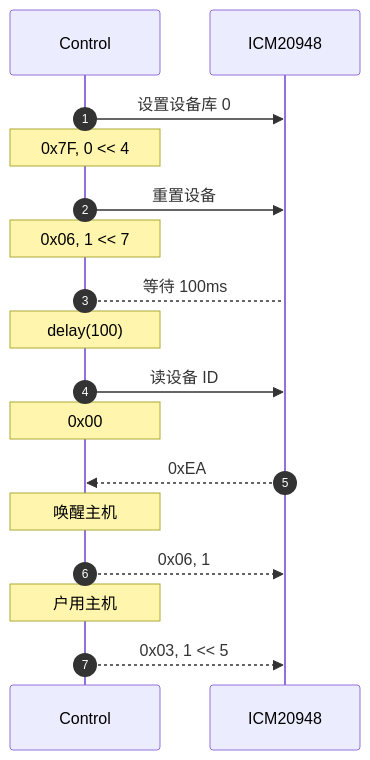
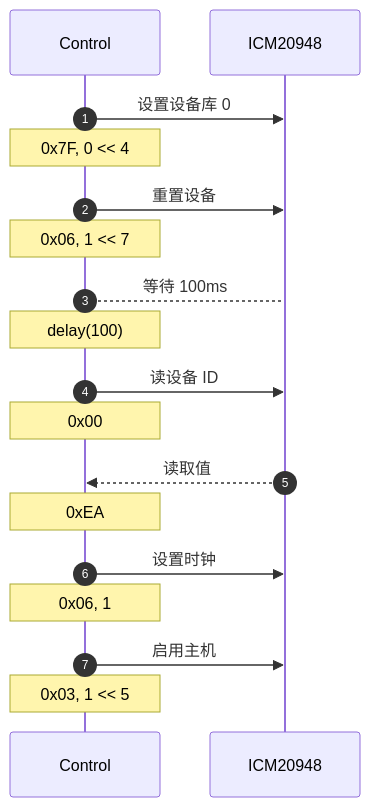
The first of 7 diagrams in _posts/2025-04-06-mdchart.md (hkdickyko/hkdickyko.github.io), drawn with Mermaid before and after one commit. The commit also changed other lines of this file, not shown here.

```diff
--- a/_posts/2025-04-06-mdchart.md
+++ b/_posts/2025-04-06-mdchart.md
@@ -167,19 +167,20 @@
 <div class="mermaid">
 sequenceDiagram;
    autonumber;
    participant C as Control;
    participant I as ICM20948;
    C->>I: 设置设备库 0;
    note over C: 0x7F, 0 << 4; 
    C->>I: 重置设备;   
    note over C: 0x06, 1 << 7;
    C-->I: 等待 100ms;
    note over C: delay(100);
    C->>I: 读设备 ID;   
    note over C: 0x00;
-   I-->>C: 0xEA;
-   note over C: 唤醒主机;
-   C-->>I: 0x06, 1;
-   note over C: 户用主机;
-   C-->>I: 0x03, 1 << 5;
+   I-->>C: 读取值;
+   note over C: 0xEA;
+   C->>I: 设置时钟;
+   note over C: 0x06, 1;
+   C->>I: 启用主机;
+   note over C: 0x03, 1 << 5;
 </div>
```
